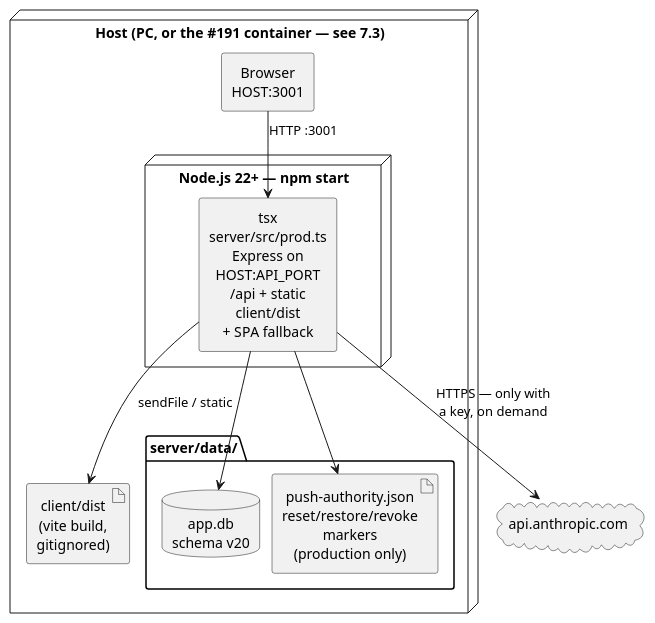
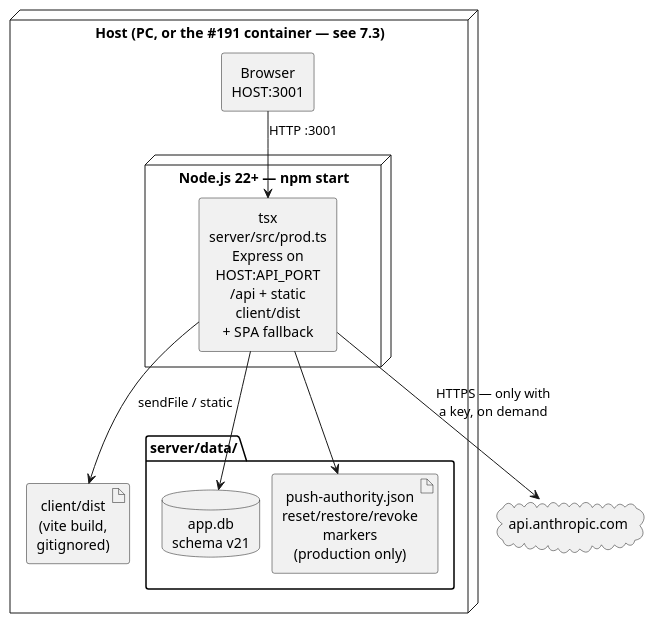
One commit to FelixGeisler/draw changed the second of 4 diagrams in docs/modules/ROOT/pages/07_deployment_view.adoc. Above: the diagram before and after it, drawn with PlantUML. The commit also changed other lines of this file and 58 other files, not shown here.

```diff
--- a/docs/modules/ROOT/pages/07_deployment_view.adoc
+++ b/docs/modules/ROOT/pages/07_deployment_view.adoc
@@ -138,30 +138,30 @@
 [plantuml,deployment-prod,svg]
 ....
 @startuml
 skinparam shadowing false
 skinparam wrapWidth 140
 skinparam defaultTextAlignment center
 skinparam componentStyle rectangle
 skinparam nodesep 12
 skinparam ranksep 18
 
 node "Host (PC, or the #191 container — see 7.3)" as host {
   component "Browser\nHOST:3001" as browser
   node "Node.js 22+ — npm start" as prodtree {
     component "tsx server/src/prod.ts\nExpress on HOST:API_PORT\n/api + static client/dist\n+ SPA fallback" as express
   }
   artifact "client/dist\n(vite build, gitignored)" as dist
   folder "server/data/" as data {
-    database "app.db\nschema v20" as db
+    database "app.db\nschema v21" as db
     artifact "push-authority.json\nreset/restore/revoke markers\n(production only)" as pushstate
   }
 }
 cloud "api.anthropic.com" as claude
 
 browser --> express : HTTP :3001
 express --> dist : sendFile / static
 express --> db
 express --> pushstate
 express --> claude : HTTPS — only with\na key, on demand
 @enduml
 ....
```
